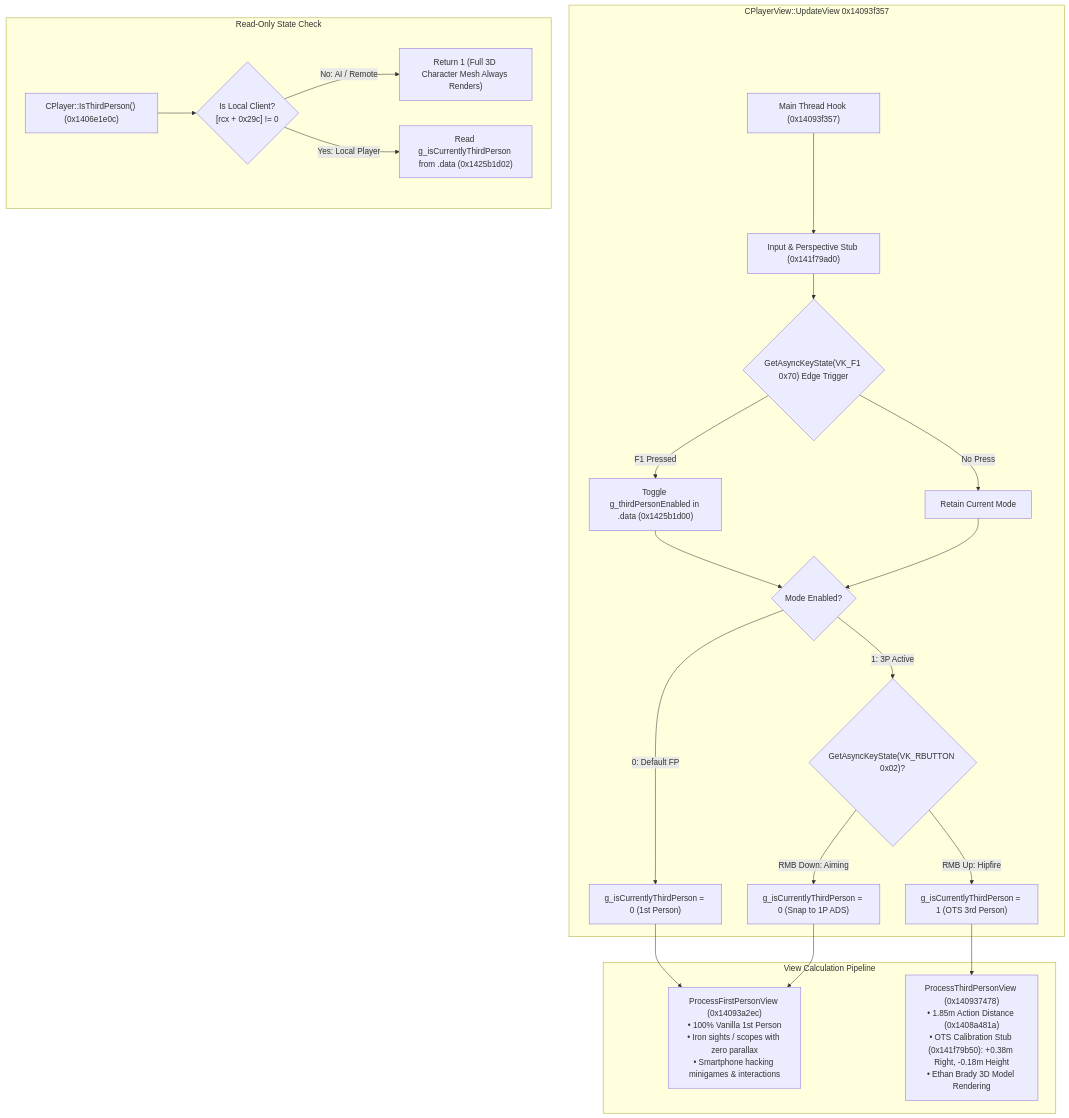
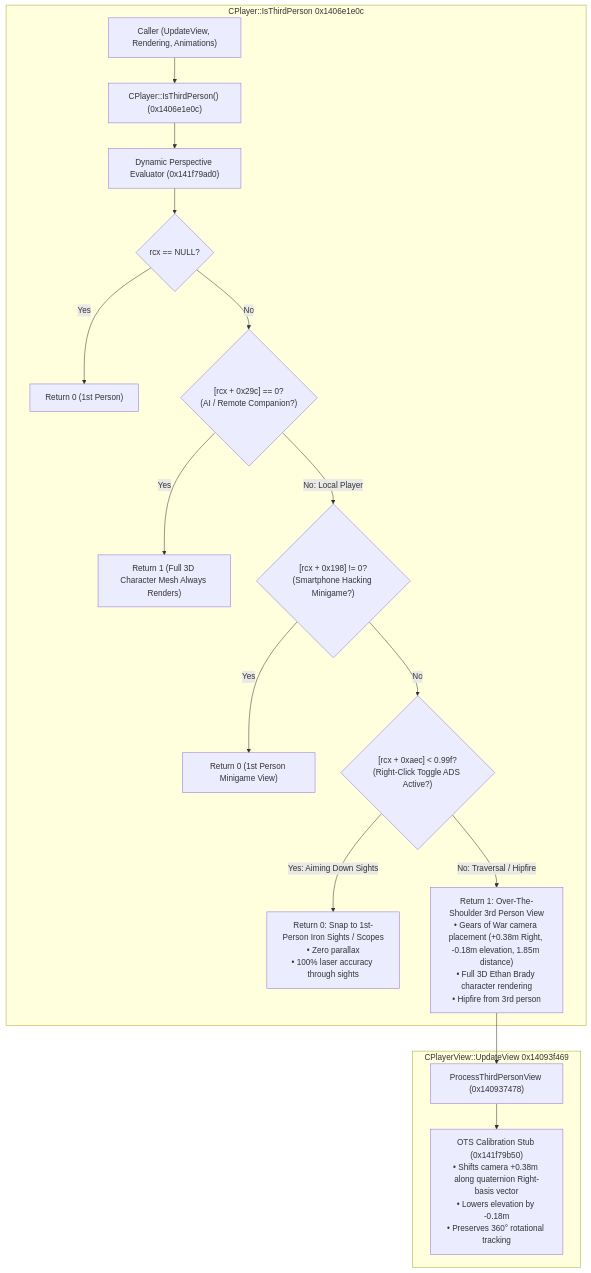
One commit to jackedhawk-117/Homefront-The-Revolution-reverse-engineered changed the diagram in docs/THIRD_PERSON_CAMERA.md. Above: the diagram before and after it, drawn with Mermaid. The commit also changed other lines of this file and 5 other files, not shown here.

Commit message:
Implement native dynamic ADS toggle aiming and Gears of War OTS camera

````diff
--- a/docs/THIRD_PERSON_CAMERA.md
+++ b/docs/THIRD_PERSON_CAMERA.md
@@ -10,27 +10,21 @@
 ```mermaid
 flowchart TD
-    subgraph Main Thread Frame Tick [CPlayerView::UpdateView 0x14093f357]
-        A["Main Thread Hook (0x14093f357)"] --> B["Input & Perspective Stub (0x141f79ad0)"]
-        B --> C{"GetAsyncKeyState(VK_F1 0x70) Edge Trigger"}
-        C -->|F1 Pressed| D["Toggle g_thirdPersonEnabled in .data (0x1425b1d00)"]
-        C -->|No Press| E["Retain Current Mode"]
-        D --> F{"Mode Enabled?"}
-        E --> F
-        F -->|0: Default FP| G["g_isCurrentlyThirdPerson = 0 (1st Person)"]
-        F -->|1: 3P Active| H{"GetAsyncKeyState(VK_RBUTTON 0x02)?"}
-        H -->|RMB Down: Aiming| I["g_isCurrentlyThirdPerson = 0 (Snap to 1P ADS)"]
-        H -->|RMB Up: Hipfire| J["g_isCurrentlyThirdPerson = 1 (OTS 3rd Person)"]
+    subgraph Multi-Threaded Engine Perspective Query [CPlayer::IsThirdPerson 0x1406e1e0c]
+        A["Caller (UpdateView, Rendering, Animations)"] --> B["CPlayer::IsThirdPerson() (0x1406e1e0c)"]
+        B --> C["Dynamic Perspective Evaluator (0x141f79ad0)"]
+        C --> D{"rcx == NULL?"}
+        D -->|Yes| E["Return 0 (1st Person)"]
+        D -->|No| F{"[rcx + 0x29c] == 0?<br>(AI / Remote Companion?)"}
+        F -->|Yes| G["Return 1 (Full 3D Character Mesh Always Renders)"]
+        F -->|No: Local Player| H{"[rcx + 0x198] != 0?<br>(Smartphone Hacking Minigame?)"}
+        H -->|Yes| I["Return 0 (1st Person Minigame View)"]
+        H -->|No| J{"[rcx + 0xaec] < 0.99f?<br>(Right-Click Toggle ADS Active?)"}
+        J -->|Yes: Aiming Down Sights| K["Return 0: Snap to 1st-Person Iron Sights / Scopes<br>• Zero parallax<br>• 100% laser accuracy through sights"]
+        J -->|No: Traversal / Hipfire| L["Return 1: Over-The-Shoulder 3rd Person View<br>• Gears of War camera placement (+0.38m Right, -0.18m elevation, 1.85m distance)<br>• Full 3D Ethan Brady character rendering<br>• Hipfire from 3rd person"]
     end
 
-    subgraph Multi-Threaded Engine Subsystems [Read-Only State Check]
-        K["CPlayer::IsThirdPerson() (0x1406e1e0c)"] --> L{"Is Local Client?<br>[rcx + 0x29c] != 0"}
-        L -->|No: AI / Remote| M["Return 1 (Full 3D Character Mesh Always Renders)"]
-        L -->|Yes: Local Player| N["Read g_isCurrentlyThirdPerson from .data (0x1425b1d02)"]
-    end
-
-    subgraph View Calculation Pipeline
-        G --> O["ProcessFirstPersonView (0x14093a2ec)<br>• 100% Vanilla 1st Person<br>• Iron sights / scopes with zero parallax<br>• Smartphone hacking minigames & interactions"]
-        I --> O
-        J --> P["ProcessThirdPersonView (0x140937478)<br>• 1.85m Action Distance (0x1408a481a)<br>• OTS Calibration Stub (0x141f79b50): +0.38m Right, -0.18m Height<br>• Ethan Brady 3D Model Rendering"]
+    subgraph Camera Calibration Pipeline [CPlayerView::UpdateView 0x14093f469]
+        L --> M["ProcessThirdPersonView (0x140937478)"]
+        M --> N["OTS Calibration Stub (0x141f79b50)<br>• Shifts camera +0.38m along quaternion Right-basis vector<br>• Lowers elevation by -0.18m<br>• Preserves 360° rotational tracking"]
     end
 ```
````
